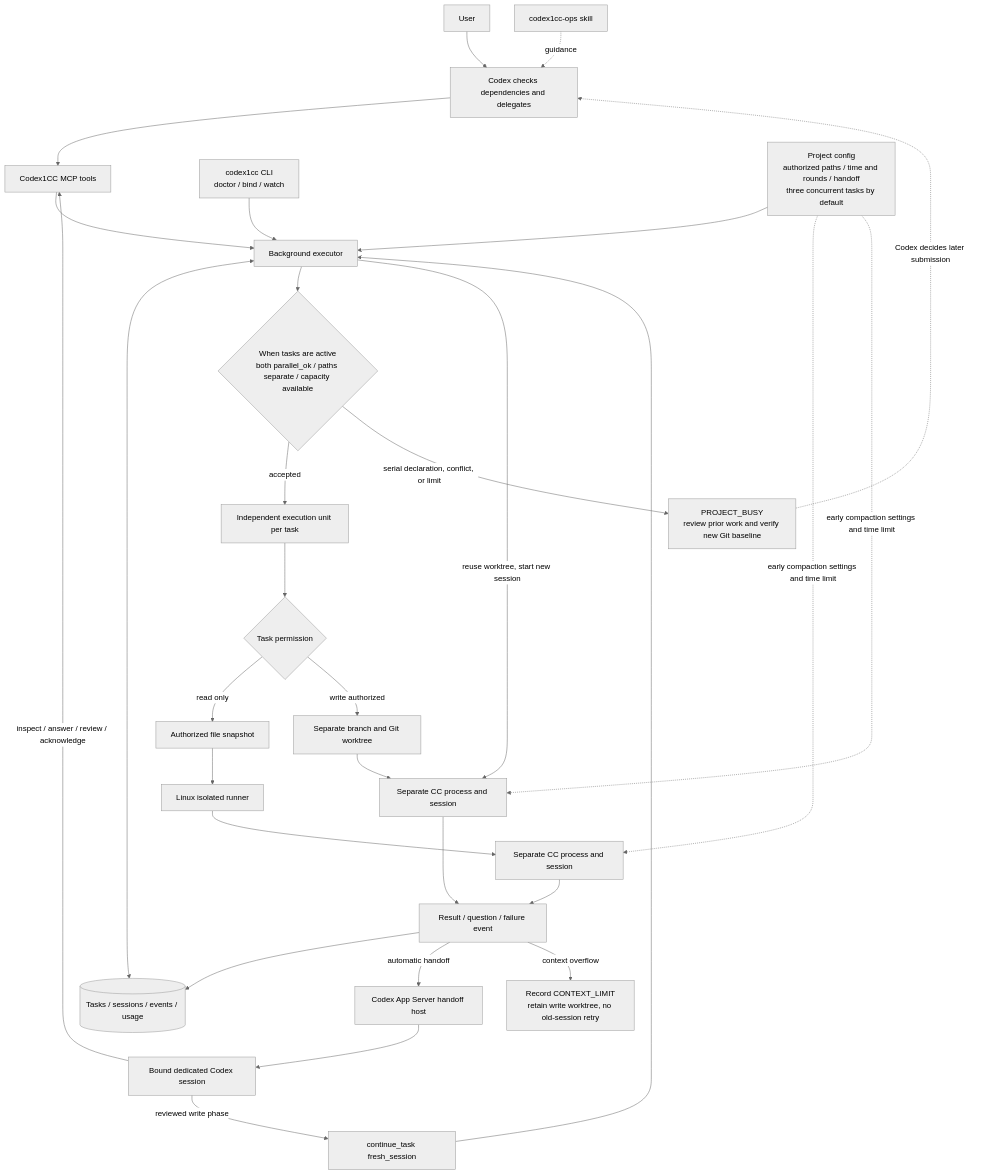
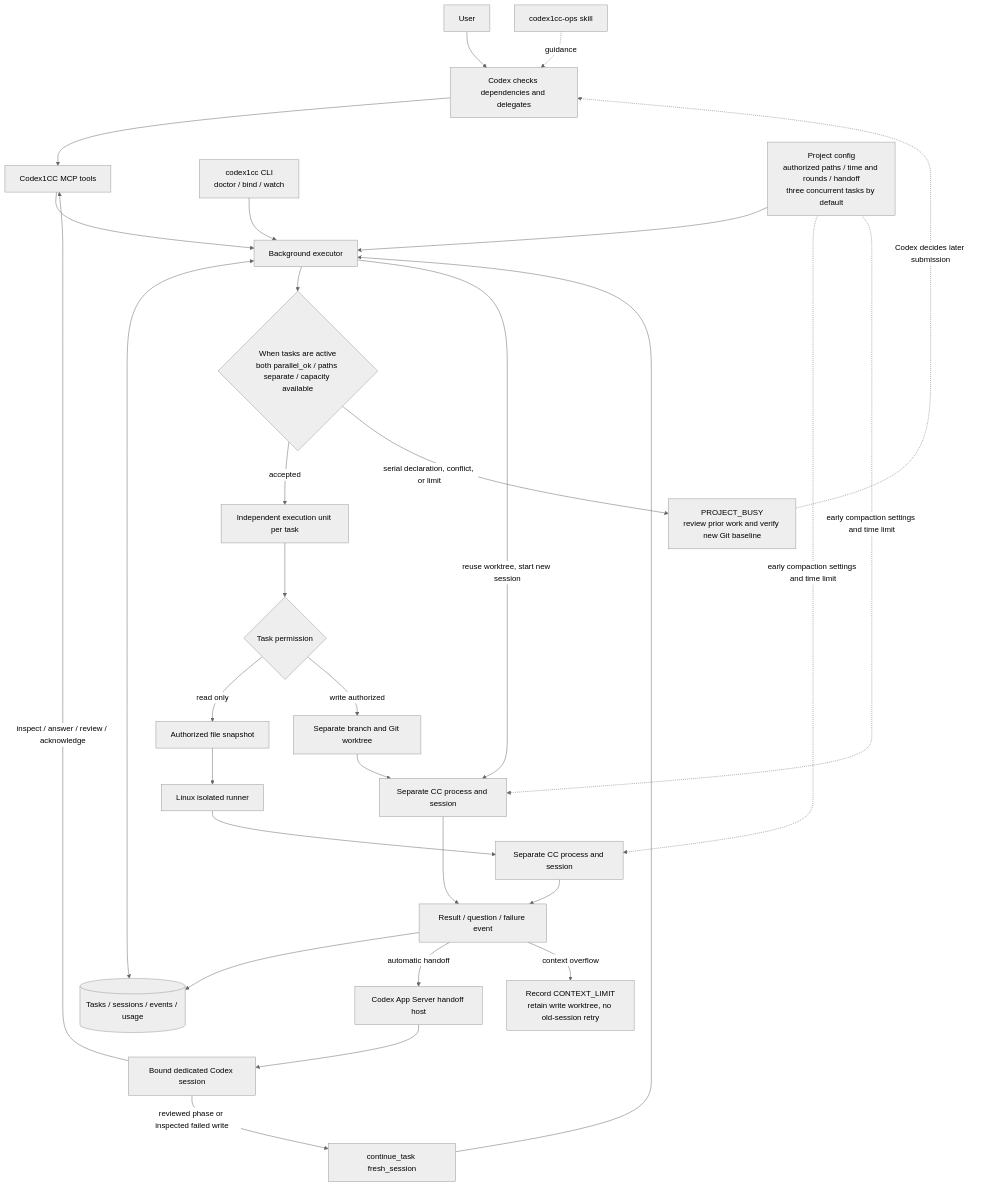
One commit to UncleTIM-GZ/Codex1CC changed the diagram in README.md. Above: the diagram before and after it, drawn with Mermaid (neutral theme). The commit also changed other lines of this file and 10 other files, not shown here.

Commit message:
feat: support long-running write task recovery

````diff
--- a/README.md
+++ b/README.md
@@ -17,26 +17,26 @@
 ```mermaid
 flowchart TD
     U[User] --> C[Codex checks dependencies and delegates]
     S[codex1cc-ops skill] -. guidance .-> C
     C --> M[Codex1CC MCP tools] --> E[Background executor]
     CLI[codex1cc CLI<br/>doctor / bind / watch] --> E
     CFG[Project config<br/>authorized paths / time and rounds / handoff<br/>three concurrent tasks by default] --> E
     E <--> DB[(Tasks / sessions / events / usage)]
     E --> A{When tasks are active<br/>both parallel_ok / paths separate / capacity available}
     A -->|accepted| T[Independent execution unit per task]
     A -->|serial declaration, conflict, or limit| BUSY[PROJECT_BUSY<br/>review prior work and verify new Git baseline]
     BUSY -. Codex decides later submission .-> C
     T --> MODE{Task permission}
     MODE -->|read only| SNAP[Authorized file snapshot] --> BOX[Linux isolated runner] --> CCR[Separate CC process and session]
     MODE -->|write authorized| WT[Separate branch and Git worktree] --> CCW[Separate CC process and session]
     CFG -. early compaction settings and time limit .-> CCR
     CFG -. early compaction settings and time limit .-> CCW
     CCR --> EV[Result / question / failure event]
     CCW --> EV
     EV --> DB
     EV -->|automatic handoff| H[Codex App Server handoff host] --> D[Bound dedicated Codex session]
     D -->|inspect / answer / review / acknowledge| M
-    D -->|reviewed write phase| F[continue_task fresh_session] --> E
+    D -->|reviewed phase or inspected failed write| F[continue_task fresh_session] --> E
     E -->|reuse worktree, start new session| CCW
     EV -->|context overflow| X[Record CONTEXT_LIMIT<br/>retain write worktree, no old-session retry]
 ```
````
